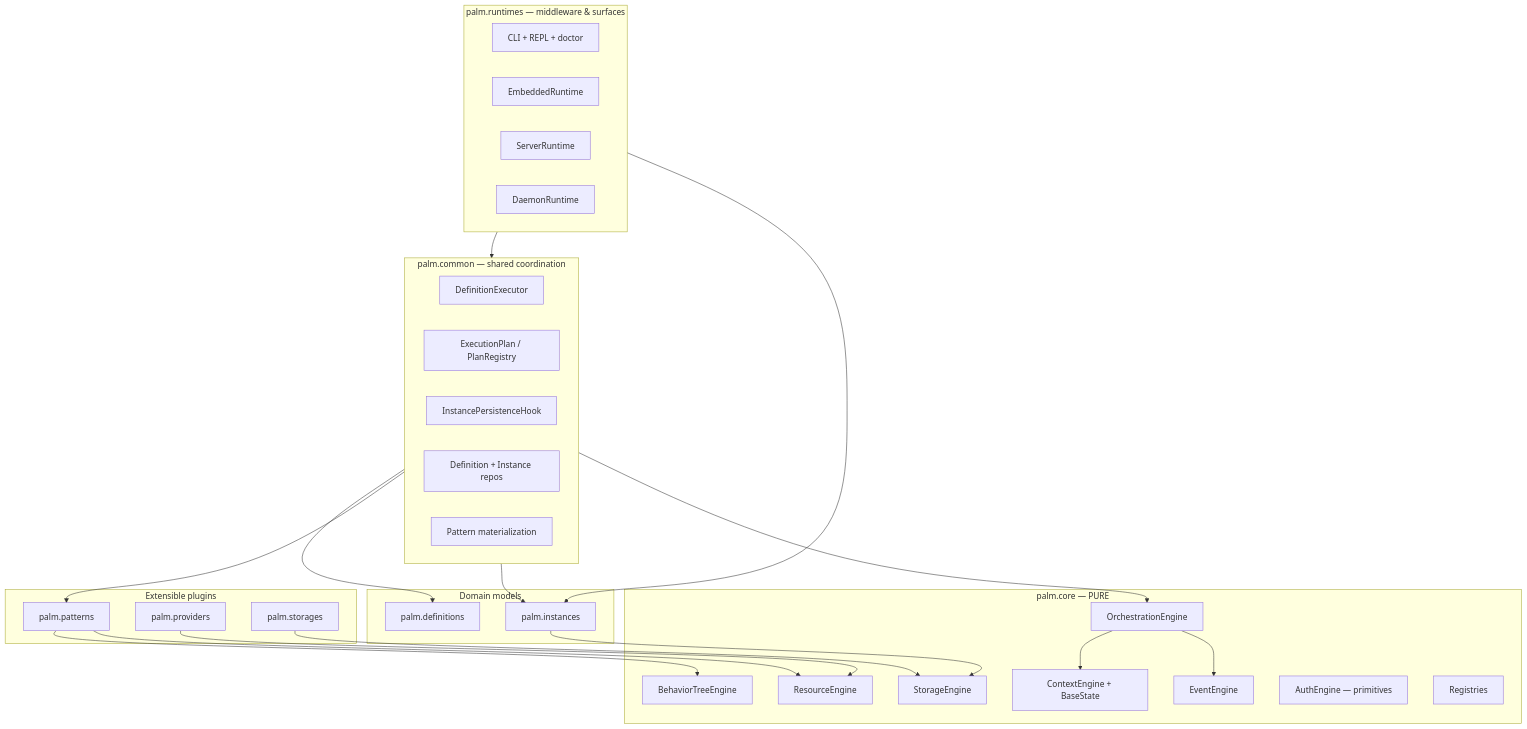
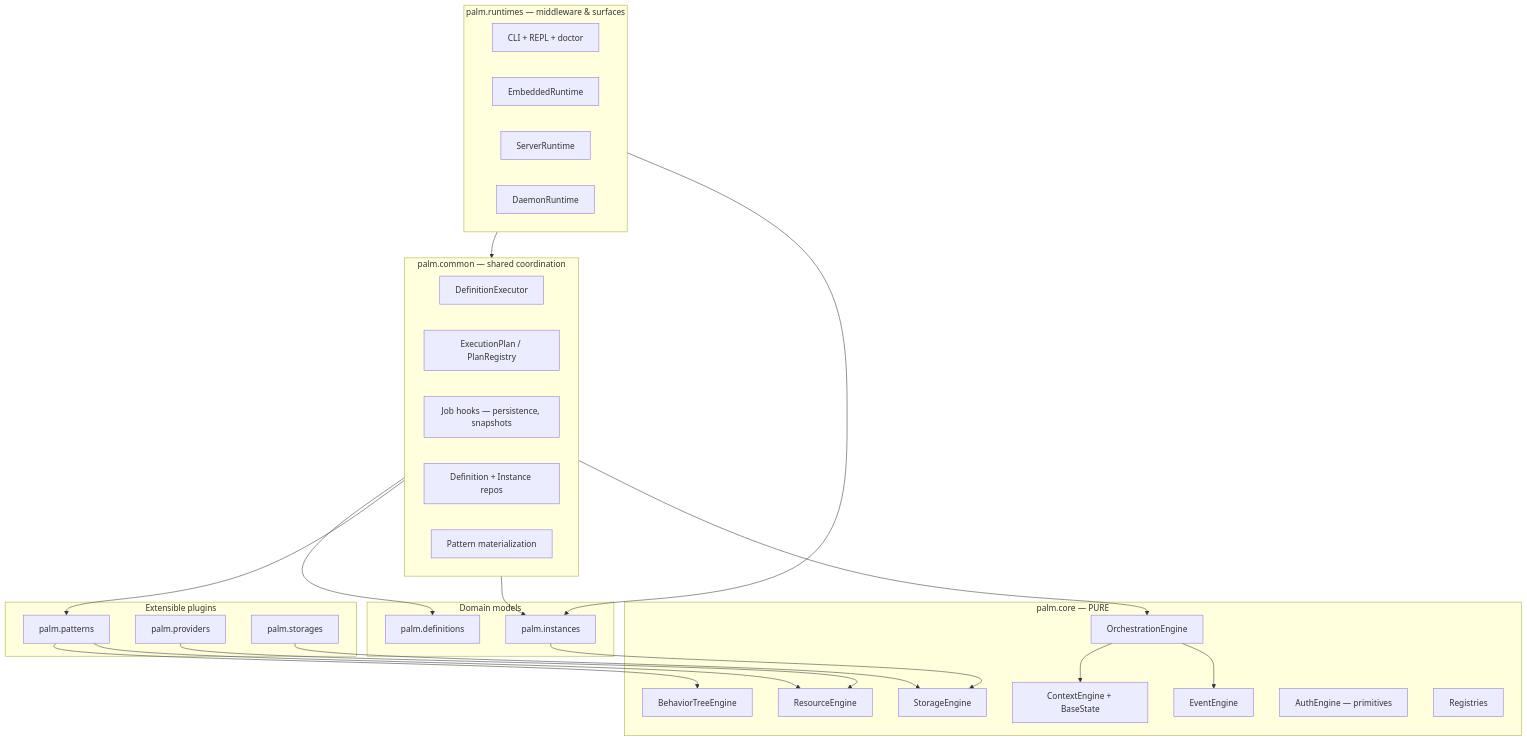
One commit to JGabrielGruber/palmengine changed the first of 4 diagrams in ARCHITECTURE.md. Above: the diagram before and after it, drawn with Mermaid. The commit also changed other lines of this file and 4 other files, not shown here.

````diff
--- a/ARCHITECTURE.md
+++ b/ARCHITECTURE.md
@@ -23,53 +23,53 @@
 ```mermaid
 flowchart TB
     subgraph Runtimes["palm.runtimes — middleware & surfaces"]
         cli[CLI + REPL + doctor]
         embedded[EmbeddedRuntime]
         server[ServerRuntime]
         daemon[DaemonRuntime]
     end
 
     subgraph Common["palm.common — shared coordination"]
         exec[DefinitionExecutor]
         plans[ExecutionPlan / PlanRegistry]
-        hooks[InstancePersistenceHook]
+        hooks[Job hooks — persistence, snapshots]
         persist[Definition + Instance repos]
         builder[Pattern materialization]
     end
 
     subgraph Plugins["Extensible plugins"]
         patterns[palm.patterns]
         providers[palm.providers]
         storages[palm.storages]
     end
 
     subgraph Domain["Domain models"]
         instances[palm.instances]
         definitions[palm.definitions]
     end
 
     subgraph Core["palm.core — PURE"]
         bt[BehaviorTreeEngine]
         orch[OrchestrationEngine]
         ctx[ContextEngine + BaseState]
         sto[StorageEngine]
         res[ResourceEngine]
         evt[EventEngine]
         auth[AuthEngine — primitives]
         reg[Registries]
     end
 
     Runtimes --> Common
     Runtimes --> instances
     Common --> definitions
     Common --> patterns
     Common --> instances
     patterns --> bt
     patterns --> res
     instances --> sto
     providers --> res
     storages --> sto
     Common --> orch
     orch --> ctx
     orch --> evt
 ```
````
